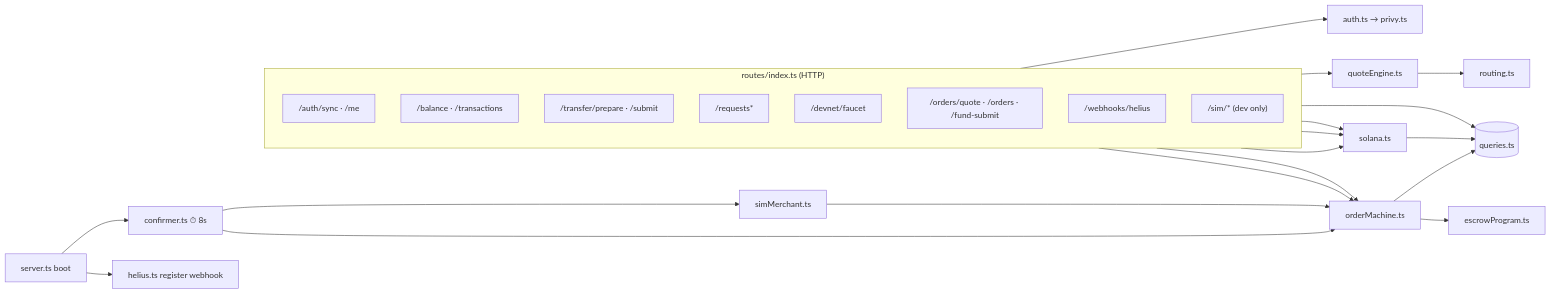
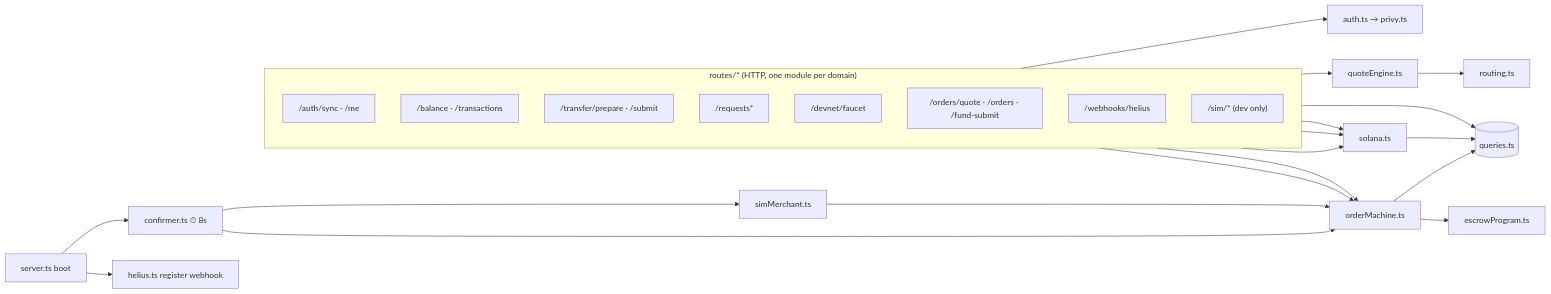
The fourth of 4 diagrams in monorepo/docs/01-architecture.md (unabrijed/frenspay), drawn with Mermaid before and after one commit. The commit also changed other lines of this file and 48 other files, not shown here.

````diff
--- a/monorepo/docs/01-architecture.md
+++ b/monorepo/docs/01-architecture.md
@@ -98,30 +98,30 @@
 ```mermaid
 flowchart LR
-    subgraph routes["routes/index.ts (HTTP)"]
+    subgraph routes["routes/* (HTTP, one module per domain)"]
       direction TB
       r1["/auth/sync · /me"]
       r2["/balance · /transactions"]
       r3["/transfer/prepare · /submit"]
       r4["/requests*"]
       r5["/devnet/faucet"]
       r6["/orders/quote · /orders · /fund-submit"]
       r7["/webhooks/helius"]
       r8["/sim/* (dev only)"]
     end
 
     r1 --> AUTH[auth.ts → privy.ts]
     r2 --> SOL[solana.ts]
     r3 --> SOL
     r5 --> SOL
     r6 --> QE[quoteEngine.ts] --> RT[routing.ts]
     r6 --> OM[orderMachine.ts] --> ESC[escrowProgram.ts]
     r7 --> Q[(queries.ts)]
     r8 --> OM
 
     OM --> Q
     SOL --> Q
     CF[confirmer.ts ⏱ 8s] --> OM
     CF --> SM[simMerchant.ts] --> OM
     server[server.ts boot] --> CF
     server --> HL[helius.ts register webhook]
 ```
````
